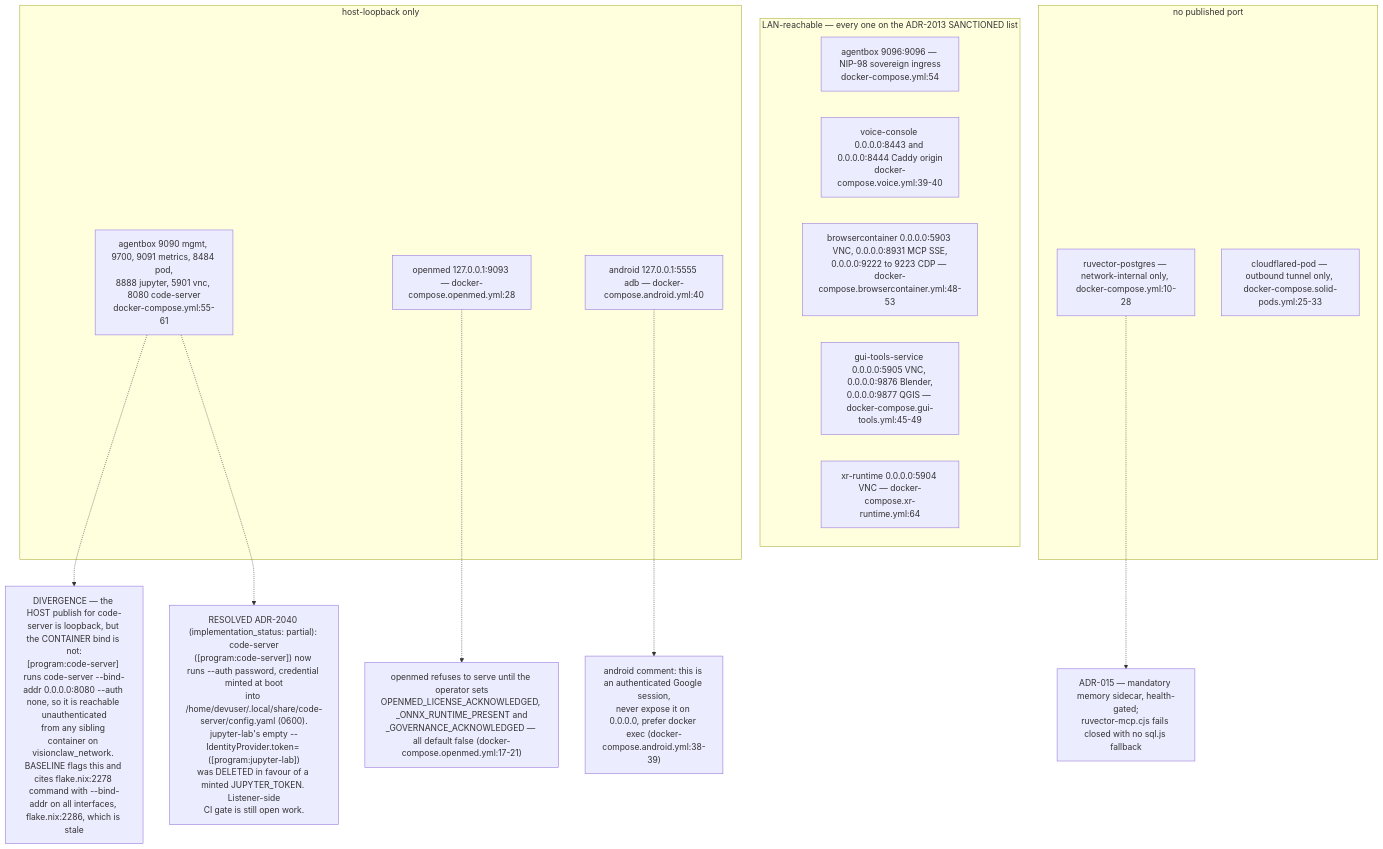
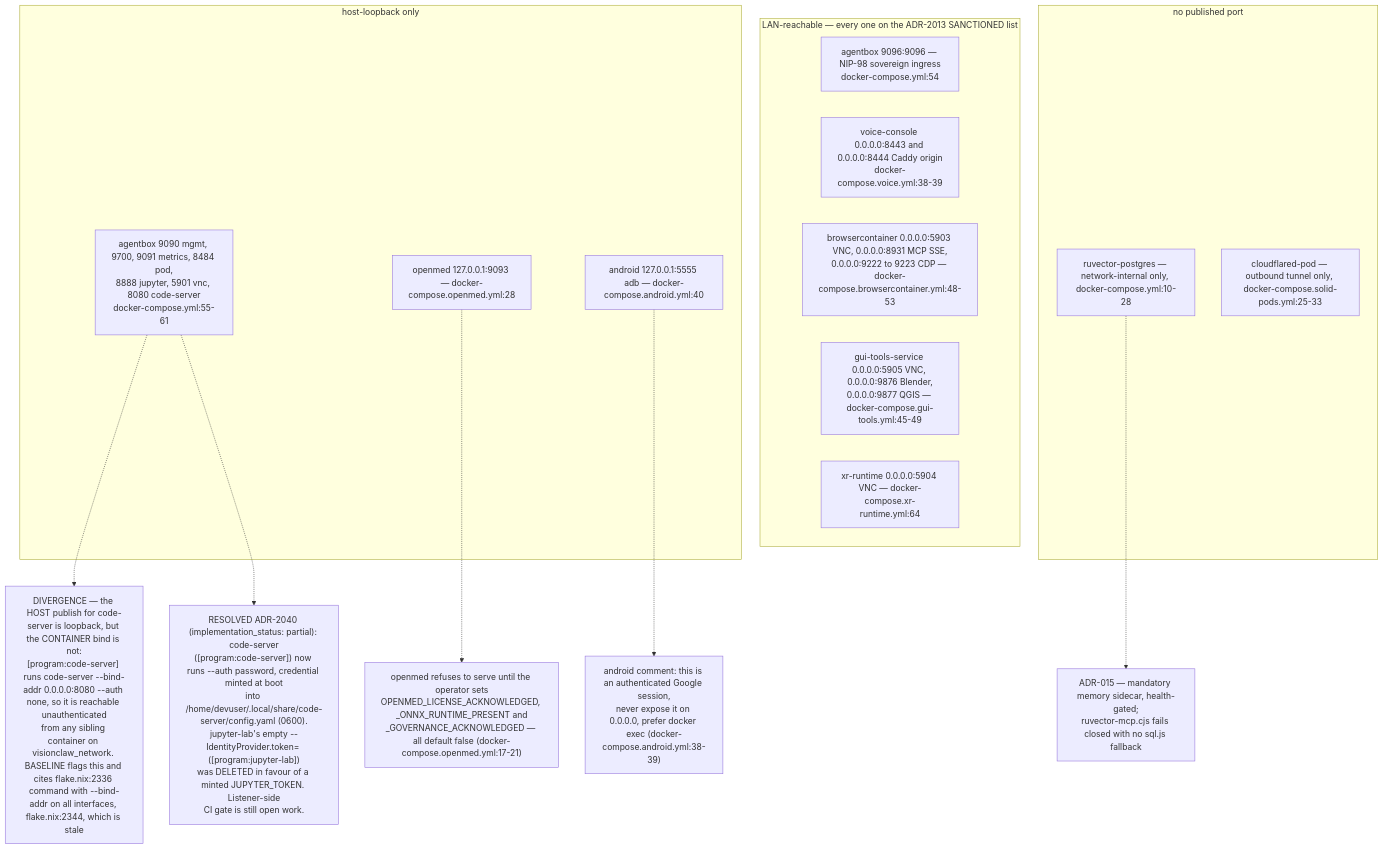
Before and after one commit to DreamLab-AI/VisionFlow: the seventh of 10 diagrams in docs/diagrams/agentbox/06-sidecars-and-compose-overlays.md, drawn with Mermaid. The commit also changed other lines of this file and 28 other files, not shown here.

````diff
--- a/docs/diagrams/agentbox/06-sidecars-and-compose-overlays.md
+++ b/docs/diagrams/agentbox/06-sidecars-and-compose-overlays.md
@@ -210,24 +213,24 @@
 ```mermaid
 flowchart TB
     subgraph LANP["LAN-reachable — every one on the ADR-2013 SANCTIONED list"]
         P1["agentbox 9096:9096 — NIP-98 sovereign ingress<br/>docker-compose.yml:54"]
-        P2["voice-console 0.0.0.0:8443 and 0.0.0.0:8444 Caddy origin<br/>docker-compose.voice.yml:39-40"]
+        P2["voice-console 0.0.0.0:8443 and 0.0.0.0:8444 Caddy origin<br/>docker-compose.voice.yml:38-39"]
         P3["browsercontainer 0.0.0.0:5903 VNC, 0.0.0.0:8931 MCP SSE,<br/>0.0.0.0:9222 to 9223 CDP — docker-compose.browsercontainer.yml:48-53"]
         P4["gui-tools-service 0.0.0.0:5905 VNC, 0.0.0.0:9876 Blender,<br/>0.0.0.0:9877 QGIS — docker-compose.gui-tools.yml:45-49"]
         P5["xr-runtime 0.0.0.0:5904 VNC — docker-compose.xr-runtime.yml:64"]
     end
     subgraph LOOP["host-loopback only"]
         Q1["agentbox 9090 mgmt, 9700, 9091 metrics, 8484 pod,<br/>8888 jupyter, 5901 vnc, 8080 code-server<br/>docker-compose.yml:55-61"]
         Q2["openmed 127.0.0.1:9093 — docker-compose.openmed.yml:28"]
         Q3["android 127.0.0.1:5555 adb — docker-compose.android.yml:40"]
     end
     subgraph NONE["no published port"]
         R1["ruvector-postgres — network-internal only, docker-compose.yml:10-28"]
         R2["cloudflared-pod — outbound tunnel only, docker-compose.solid-pods.yml:25-33"]
     end
     Q3 -.-> AND["android comment: this is an authenticated Google session,<br/>never expose it on 0.0.0.0, prefer docker exec (docker-compose.android.yml:38-39)"]
     Q2 -.-> OM["openmed refuses to serve until the operator sets<br/>OPENMED_LICENSE_ACKNOWLEDGED, _ONNX_RUNTIME_PRESENT and<br/>_GOVERNANCE_ACKNOWLEDGED — all default false (docker-compose.openmed.yml:17-21)"]
-    Q1 -.-> CS["DIVERGENCE — the HOST publish for code-server is loopback, but the CONTAINER bind is not:<br/>[program:code-server] runs code-server --bind-addr 0.0.0.0:8080 --auth none, so it is reachable unauthenticated<br/>from any sibling container on visionclaw_network. BASELINE flags this and cites flake.nix:2278 command with --bind-addr on all interfaces, flake.nix:2286, which is stale"]
+    Q1 -.-> CS["DIVERGENCE — the HOST publish for code-server is loopback, but the CONTAINER bind is not:<br/>[program:code-server] runs code-server --bind-addr 0.0.0.0:8080 --auth none, so it is reachable unauthenticated<br/>from any sibling container on visionclaw_network. BASELINE flags this and cites flake.nix:2336 command with --bind-addr on all interfaces, flake.nix:2344, which is stale"]
     Q1 -.-> CSR["RESOLVED ADR-2040 (implementation_status: partial): code-server<br/>([program:code-server]) now runs --auth password, credential minted at boot<br/>into /home/devuser/.local/share/code-server/config.yaml (0600).<br/>jupyter-lab's empty --IdentityProvider.token= ([program:jupyter-lab])<br/>was DELETED in favour of a minted JUPYTER_TOKEN. Listener-side<br/>CI gate is still open work."]
     R1 -.-> PGN["ADR-015 — mandatory memory sidecar, health-gated;<br/>ruvector-mcp.cjs fails closed with no sql.js fallback"]
 ```
````
